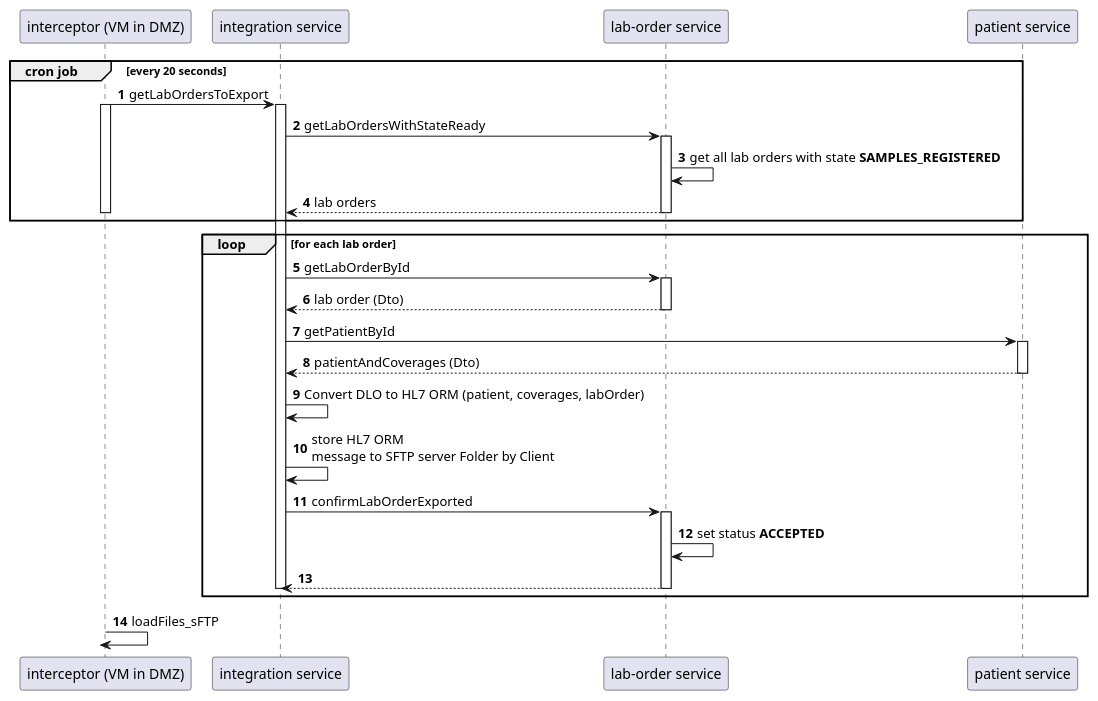
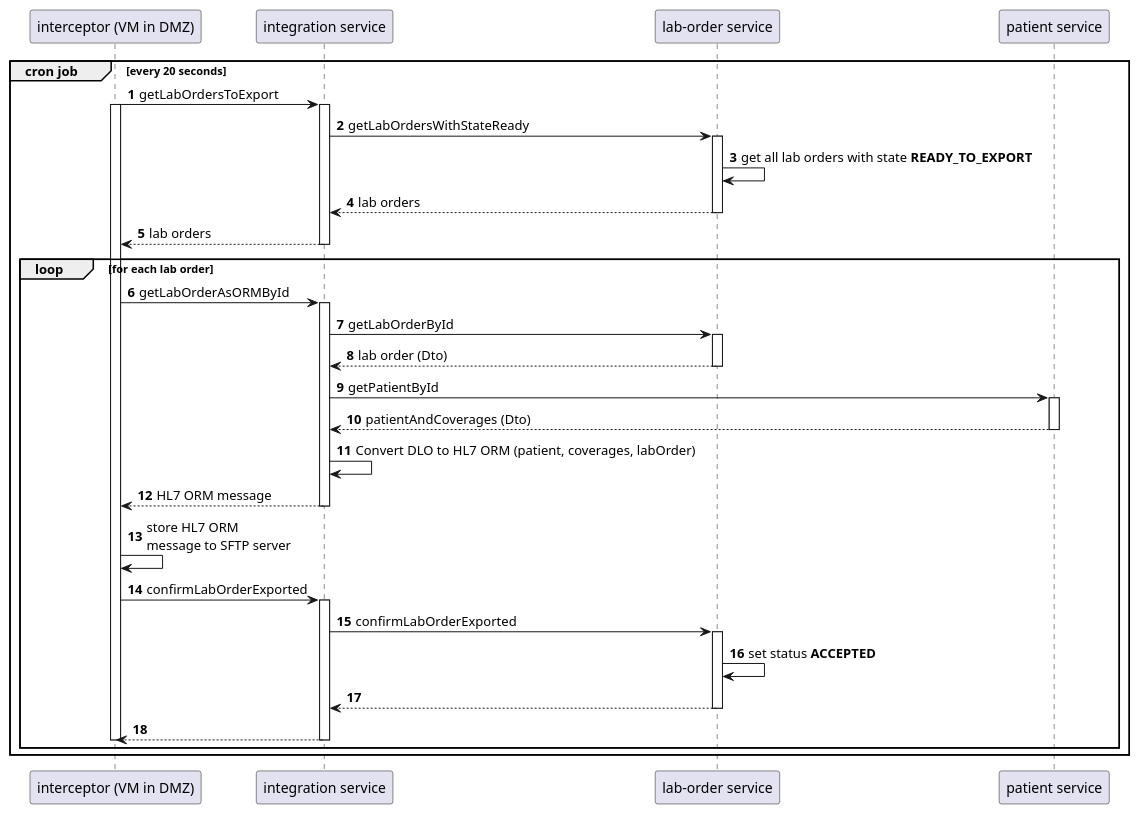
The diagram in export_service/src/plantuml/exportLIS_simple.puml (Qojgjg/playing-java-quarkus-mono), drawn with PlantUML before and after one commit. The commit also changed 14 other files, not shown here.

```diff
--- a/export_service/src/plantuml/exportLIS_simple.puml
+++ b/export_service/src/plantuml/exportLIS_simple.puml
@@ -1,56 +1,55 @@
 @startuml
 'https://plantuml.com/sequence-diagram
 
 autonumber
 
 participant "interceptor (VM in DMZ)" as icp
 participant "integration service" as int
 participant "lab-order service" as lab
 participant "patient service" as pat
 
 group cron job [every 20 seconds]
 icp -> int: getLabOrdersToExport
 activate icp
 activate int
 int -> lab: getLabOrdersWithStateReady
 activate lab
-lab -> lab: get all lab orders with state <b>SAMPLES_REGISTERED</b>
+lab -> lab: get all lab orders with state <b>READY_TO_EXPORT</b>
 lab --> int: lab orders
 deactivate lab
-deactivate icp
-
-end
-
+int --> icp: lab orders
+deactivate int
 loop for each lab order
-
-
+icp -> int: getLabOrderAsORMById
+activate int
 int -> lab: getLabOrderById
 activate lab
+
 lab --> int: lab order (Dto)
 deactivate lab
 int -> pat: getPatientById
 activate pat
 pat --> int: patientAndCoverages (Dto)
 deactivate pat
 
 int -> int: Convert DLO to HL7 ORM (patient, coverages, labOrder)
-int -> int: store HL7 ORM \nmessage to SFTP server Folder by Client
 
+
+int --> icp: HL7 ORM message
+deactivate int
+icp -> icp: store HL7 ORM \nmessage to SFTP server
+icp -> int: confirmLabOrderExported
+activate int
 int -> lab: confirmLabOrderExported
 activate lab
 lab -> lab: set status <b>ACCEPTED</b>
 lab --> int
 deactivate lab
-
+int --> icp
 deactivate int
+deactivate icp
 
 end
-
-activate icp
-icp->icp: loadFiles_sFTP
-deactivate icp
-
-
-
+end
 
 @enduml
```
